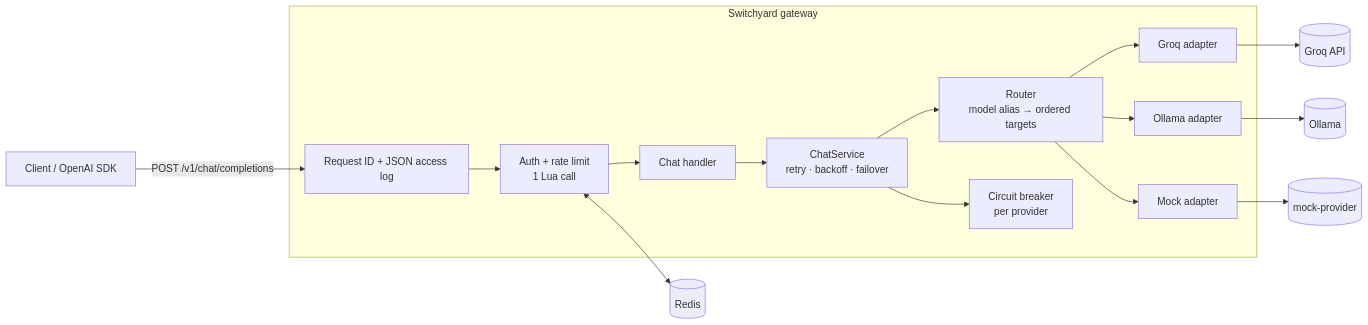
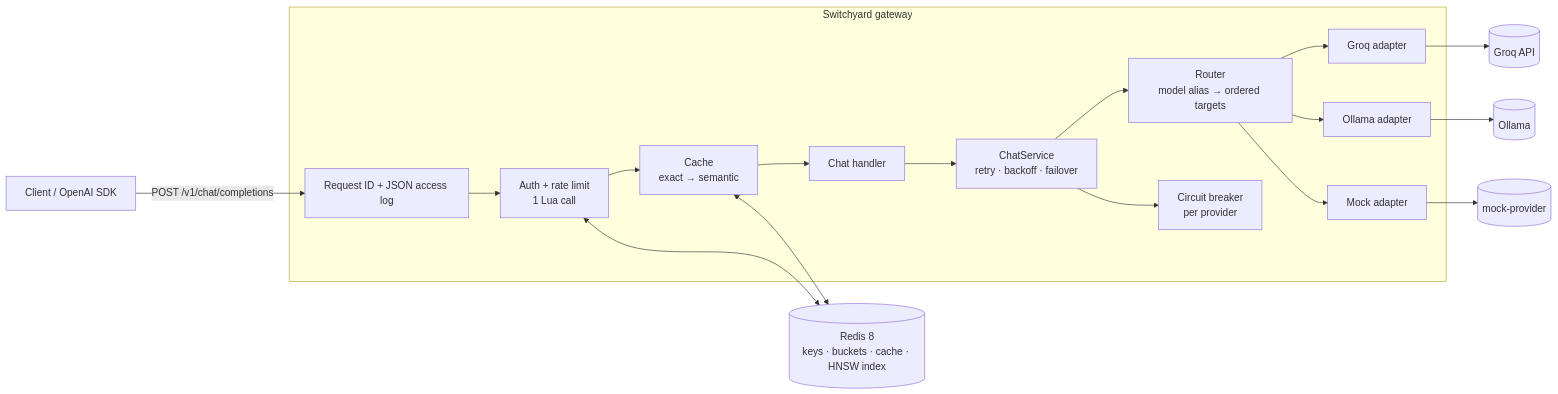
One commit to shaunak2202/switchyard changed the diagram in README.md. Above: the diagram before and after it, drawn with Mermaid. The commit also changed other lines of this file and 29 other files, not shown here.

First line of the commit message:
Phase 4: exact and semantic response caching

````diff
--- a/README.md
+++ b/README.md
@@ -15,18 +15,20 @@
 ```mermaid
 flowchart LR
     C[Client / OpenAI SDK] -->|POST /v1/chat/completions| MW
     subgraph GW[Switchyard gateway]
         MW[Request ID + JSON access log] --> AU[Auth + rate limit<br/>1 Lua call]
-        AU --> H[Chat handler]
+        AU --> CA[Cache<br/>exact → semantic]
+        CA --> H[Chat handler]
         H --> S[ChatService<br/>retry · backoff · failover]
         S --> R[Router<br/>model alias → ordered targets]
         S --> CB[Circuit breaker<br/>per provider]
         R --> A1[Groq adapter]
         R --> A2[Ollama adapter]
         R --> A3[Mock adapter]
     end
     A1 --> G[(Groq API)]
     A2 --> O[(Ollama)]
     A3 --> M[(mock-provider)]
-    AU <--> RD[(Redis)]
+    AU <--> RD[(Redis 8<br/>keys · buckets · cache · HNSW index)]
+    CA <--> RD
 ```
````
